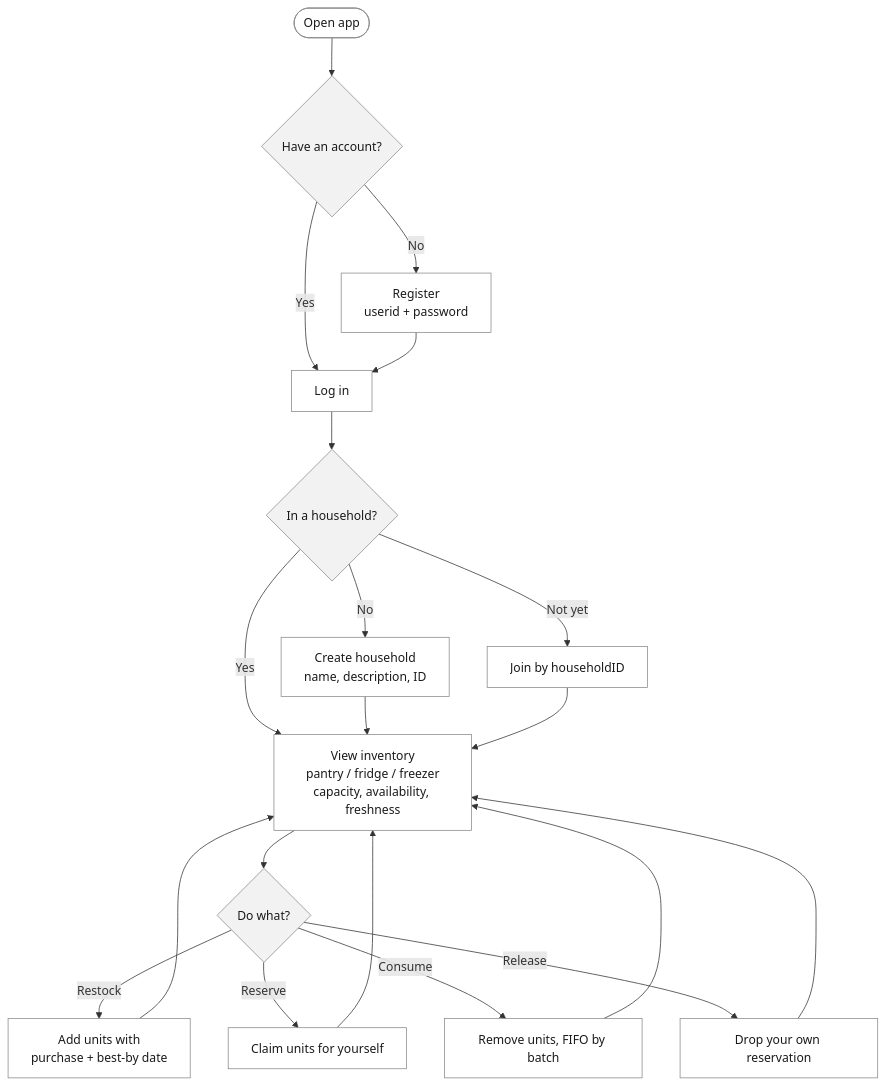
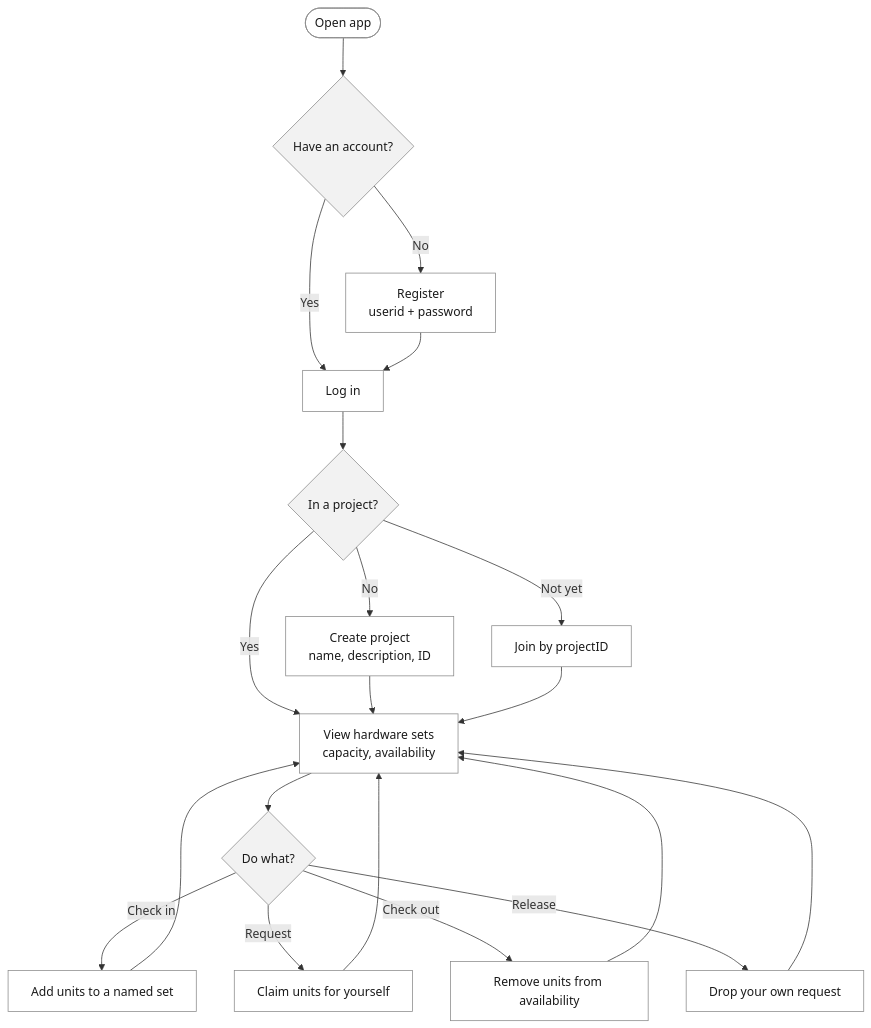
The second of 2 diagrams in .planning/ARCHITECTURE-SKETCH.md (aa-phan/Group_2_Monday), drawn with Mermaid before and after one commit. The commit also changed other lines of this file and 5 other files, not shown here.

````diff
--- a/.planning/ARCHITECTURE-SKETCH.md
+++ b/.planning/ARCHITECTURE-SKETCH.md
@@ -55,28 +60,28 @@
 ```mermaid
 flowchart TD
     START([Open app]) --> AUTH{Have an account?}
     AUTH -->|No| REG["Register<br/>userid + password"]
     AUTH -->|Yes| LOGIN["Log in"]
     REG --> LOGIN
-    LOGIN --> HH{In a household?}
-    HH -->|No| CREATE["Create household<br/>name, description, ID"]
-    HH -->|Not yet| JOIN["Join by householdID"]
-    HH -->|Yes| VIEW
+    LOGIN --> PROJ{In a project?}
+    PROJ -->|No| CREATE["Create project<br/>name, description, ID"]
+    PROJ -->|Not yet| JOIN["Join by projectID"]
+    PROJ -->|Yes| VIEW
     CREATE --> VIEW
     JOIN --> VIEW
-    VIEW["View inventory<br/>pantry / fridge / freezer<br/>capacity, availability, freshness"]
+    VIEW["View hardware sets<br/>capacity, availability"]
     VIEW --> ACTION{Do what?}
-    ACTION -->|Restock| RESTOCK["Add units with<br/>purchase + best-by date"]
-    ACTION -->|Reserve| RESERVE["Claim units for yourself"]
-    ACTION -->|Consume| CONSUME["Remove units, FIFO by batch"]
-    ACTION -->|Release| RELEASE["Drop your own reservation"]
-    RESTOCK --> VIEW
-    RESERVE --> VIEW
-    CONSUME --> VIEW
+    ACTION -->|Check in| CHECKIN["Add units to a named set"]
+    ACTION -->|Request| REQUEST["Claim units for yourself"]
+    ACTION -->|Check out| CHECKOUT["Remove units from availability"]
+    ACTION -->|Release| RELEASE["Drop your own request"]
+    CHECKIN --> VIEW
+    REQUEST --> VIEW
+    CHECKOUT --> VIEW
     RELEASE --> VIEW
 
     classDef plain fill:#ffffff,stroke:#8a8a8a,stroke-width:1px,color:#1a1a1a
     classDef gate fill:#f2f2f2,stroke:#8a8a8a,stroke-width:1px,color:#1a1a1a
-    class START,REG,LOGIN,CREATE,JOIN,VIEW,RESTOCK,RESERVE,CONSUME,RELEASE plain
-    class AUTH,HH,ACTION gate
+    class START,REG,LOGIN,CREATE,JOIN,VIEW,CHECKIN,REQUEST,CHECKOUT,RELEASE plain
+    class AUTH,PROJ,ACTION gate
 ```
````
